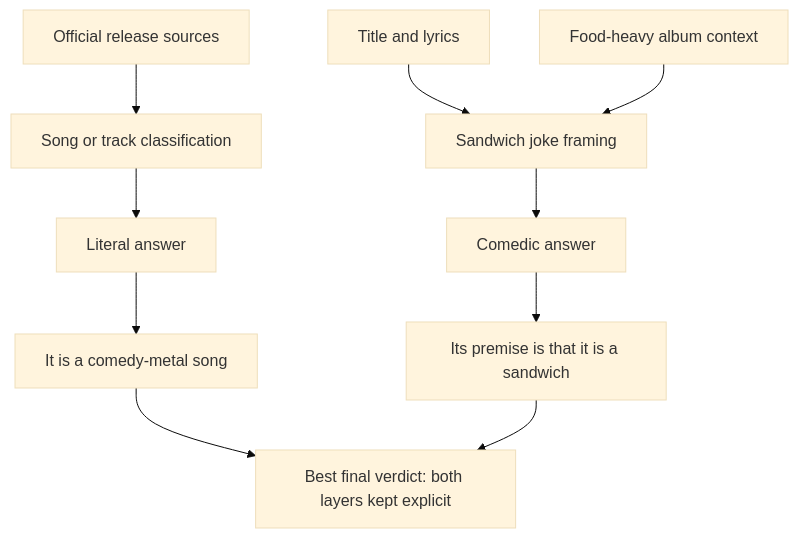
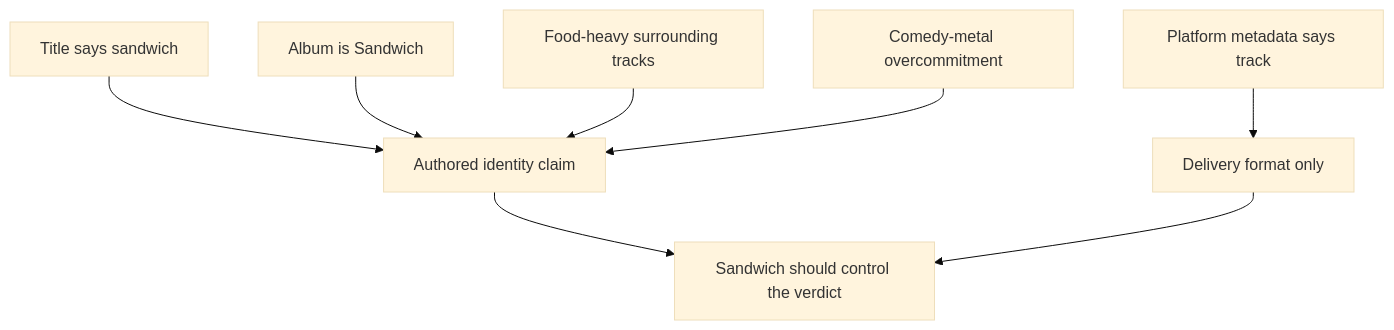
The first of 2 diagrams in Psychostick_Sandwich_Classification_Argument/full_report.md (shellsage-ai/research-reports), drawn with Mermaid (base theme) before and after one commit. The commit also changed other lines of this file and 8 other files, not shown here.

````diff
--- a/Psychostick_Sandwich_Classification_Argument/full_report.md
+++ b/Psychostick_Sandwich_Classification_Argument/full_report.md
@@ -158,12 +174,10 @@
 ```mermaid
 flowchart TD
-  A[Official release sources] --> B[Song or track classification]
-  C[Title and lyrics] --> D[Sandwich joke framing]
-  E[Food-heavy album context] --> D
-  B --> F[Literal answer]
-  D --> G[Comedic answer]
-  F --> H[It is a comedy-metal song]
-  G --> I[Its premise is that it is a sandwich]
-  H --> J[Best final verdict: both layers kept explicit]
-  I --> J
+  A[Title says sandwich] --> E[Authored identity claim]
+  B[Album is Sandwich] --> E
+  C[Food-heavy surrounding tracks] --> E
+  D[Comedy-metal overcommitment] --> E
+  F[Platform metadata says track] --> G[Delivery format only]
+  E --> H[Sandwich should control the verdict]
+  G --> H
 ```
````
